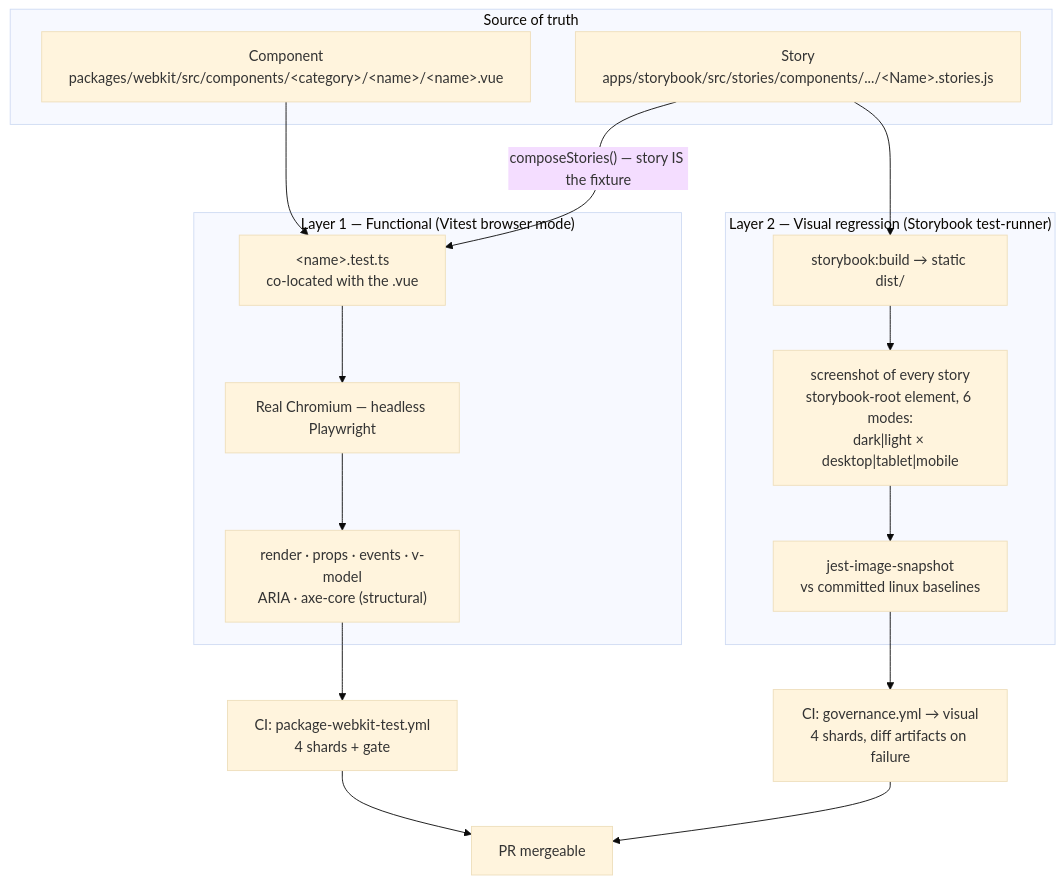
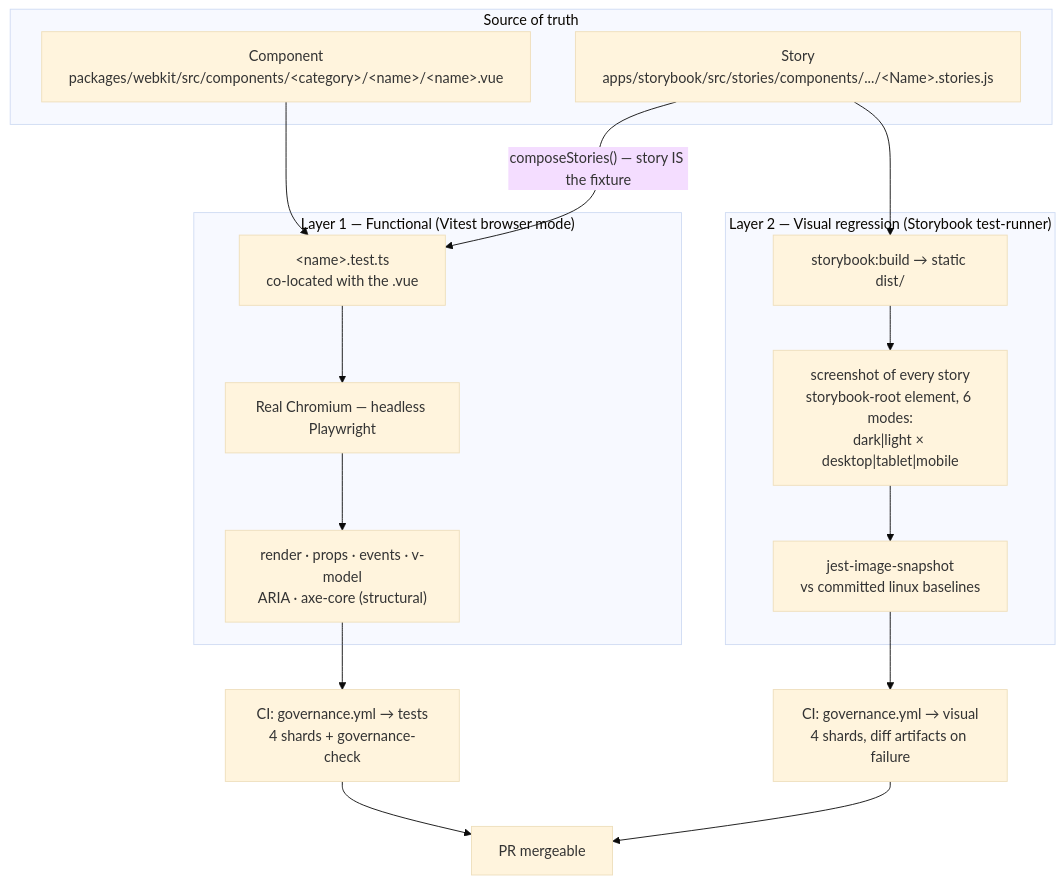
Before and after one commit to aziontech/webkit: the first of 5 diagrams in docs/OVERVIEW_TESTS.md, drawn with Mermaid (base theme). The commit also changed other lines of this file and 2 other files, not shown here.

````diff
--- a/docs/OVERVIEW_TESTS.md
+++ b/docs/OVERVIEW_TESTS.md
@@ -23,31 +23,31 @@
 ```mermaid
 flowchart TB
     subgraph SRC["Source of truth"]
         VUE["Component<br/>packages/webkit/src/components/&lt;category&gt;/&lt;name&gt;/&lt;name&gt;.vue"]
         STORY["Story<br/>apps/storybook/src/stories/components/.../&lt;Name&gt;.stories.js"]
     end
 
     subgraph L1["Layer 1 — Functional (Vitest browser mode)"]
         TEST["&lt;name&gt;.test.ts<br/>co-located with the .vue"]
         CHROMIUM1["Real Chromium — headless Playwright"]
         ASSERT["render · props · events · v-model<br/>ARIA · axe-core (structural)"]
         TEST --> CHROMIUM1 --> ASSERT
     end
 
     subgraph L2["Layer 2 — Visual regression (Storybook test-runner)"]
         BUILD["storybook:build → static dist/"]
         SNAP["screenshot of every story<br/>storybook-root element, 6 modes:<br/>dark|light × desktop|tablet|mobile"]
         COMPARE["jest-image-snapshot<br/>vs committed linux baselines"]
         BUILD --> SNAP --> COMPARE
     end
 
     VUE --> TEST
     STORY -- "composeStories() — story IS the fixture" --> TEST
     STORY --> BUILD
 
-    ASSERT --> CI1["CI: package-webkit-test.yml<br/>4 shards + gate"]
+    ASSERT --> CI1["CI: governance.yml → tests<br/>4 shards + governance-check"]
     COMPARE --> CI2["CI: governance.yml → visual<br/>4 shards, diff artifacts on failure"]
 
     CI1 --> MERGE["PR mergeable"]
     CI2 --> MERGE
 ```
````
